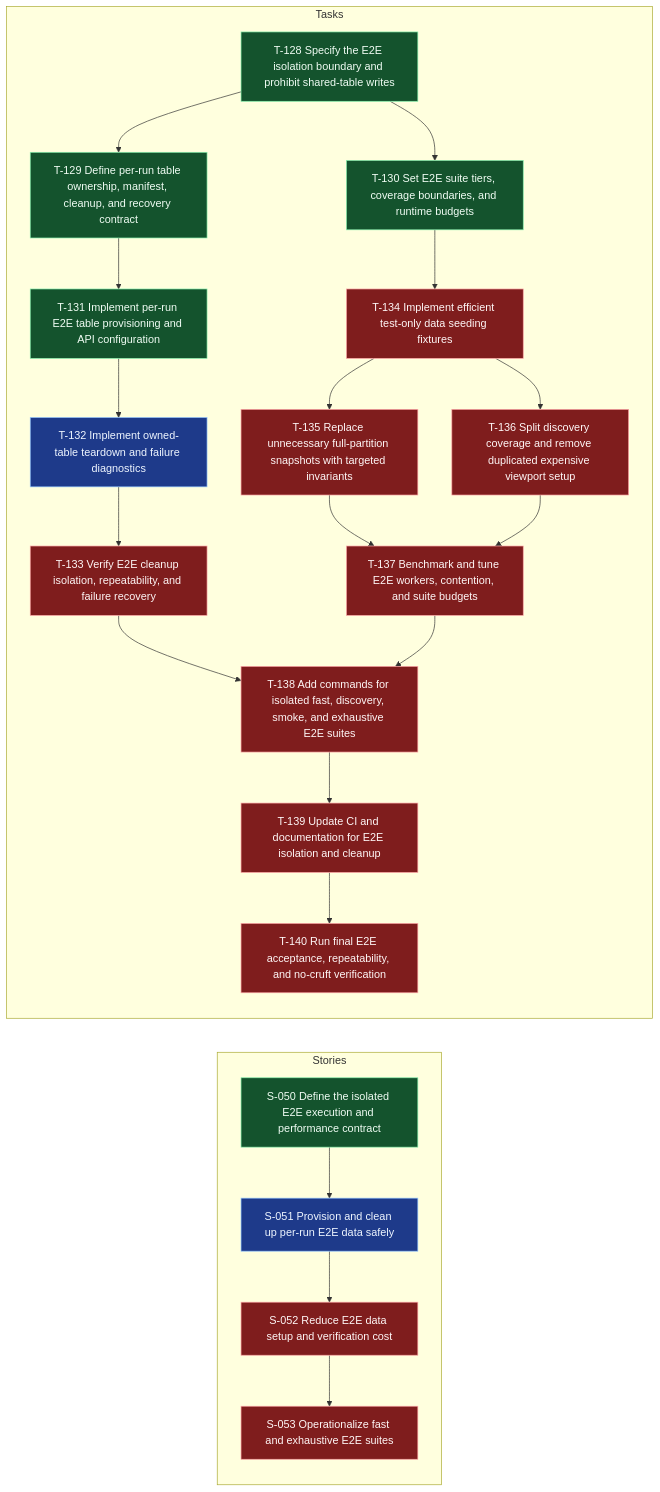
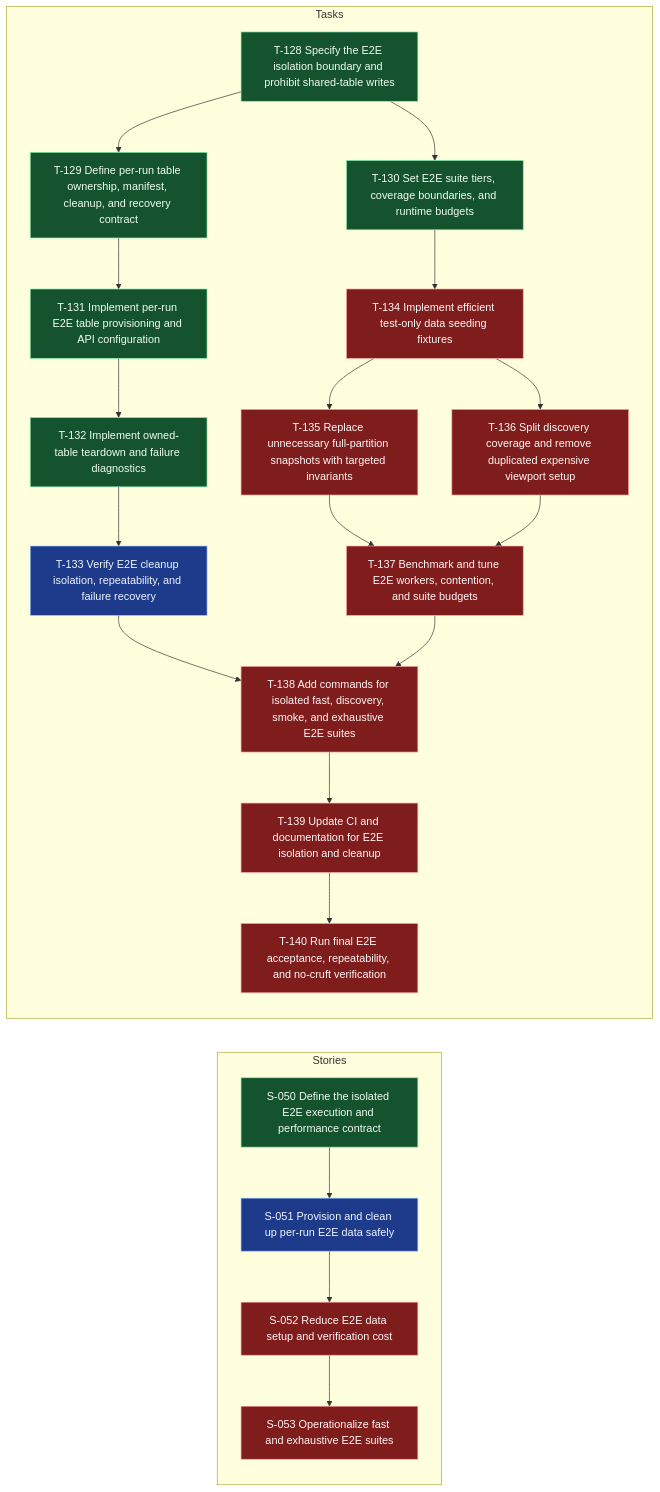
The diagram in .worktracker/graphs/E-014.mmd (andybalham/invite-agent), drawn with Mermaid before and after one commit. The commit also changed 22 other files, not shown here.

First line of the commit message:
feat(e2e): implement end-to-end cleanup and recovery mechanisms

```diff
--- a/.worktracker/graphs/E-014.mmd
+++ b/.worktracker/graphs/E-014.mmd
@@ -1,61 +1,61 @@
 graph LR
   classDef done fill:#14532d,stroke:#86efac,color:#f0fdf4;
   classDef blocked fill:#7f1d1d,stroke:#fca5a5,color:#fff7f7;
   classDef inprogress fill:#78350f,stroke:#fbbf24,color:#fffbeb;
   classDef todo fill:#1e3a8a,stroke:#93c5fd,color:#eff6ff;
   classDef empty fill:#374151,stroke:#d1d5db,color:#f9fafb,stroke-dasharray: 3 3;
   subgraph Stories
     S050["S-050 Define the isolated E2E execution and performance contract"]:::done
     S051["S-051 Provision and clean up per-run E2E data safely"]:::todo
     S052["S-052 Reduce E2E data setup and verification cost"]:::blocked
     S053["S-053 Operationalize fast and exhaustive E2E suites"]:::blocked
     S050 --> S051
     S051 --> S052
     S052 --> S053
   end
   subgraph Tasks
     T128["T-128 Specify the E2E isolation boundary and prohibit shared-table writes"]:::done
     T129["T-129 Define per-run table ownership, manifest, cleanup, and recovery contract"]:::done
     T130["T-130 Set E2E suite tiers, coverage boundaries, and runtime budgets"]:::done
     T131["T-131 Implement per-run E2E table provisioning and API configuration"]:::done
-    T132["T-132 Implement owned-table teardown and failure diagnostics"]:::todo
-    T133["T-133 Verify E2E cleanup isolation, repeatability, and failure recovery"]:::blocked
+    T132["T-132 Implement owned-table teardown and failure diagnostics"]:::done
+    T133["T-133 Verify E2E cleanup isolation, repeatability, and failure recovery"]:::todo
     T134["T-134 Implement efficient test-only data seeding fixtures"]:::blocked
     T135["T-135 Replace unnecessary full-partition snapshots with targeted invariants"]:::blocked
     T136["T-136 Split discovery coverage and remove duplicated expensive viewport setup"]:::blocked
     T137["T-137 Benchmark and tune E2E workers, contention, and suite budgets"]:::blocked
     T138["T-138 Add commands for isolated fast, discovery, smoke, and exhaustive E2E suites"]:::blocked
     T139["T-139 Update CI and documentation for E2E isolation and cleanup"]:::blocked
     T140["T-140 Run final E2E acceptance, repeatability, and no-cruft verification"]:::blocked
     T128 --> T129
     T128 --> T130
     T129 --> T131
     T130 --> T134
     T131 --> T132
     T132 --> T133
     T133 --> T138
     T134 --> T135
     T134 --> T136
     T135 --> T137
     T136 --> T137
     T137 --> T138
     T138 --> T139
     T139 --> T140
   end
   click S050 "../entities/S-050-define-the-isolated-e2e-execution-and-performance-contract.md"
   click S051 "../entities/S-051-provision-and-clean-up-per-run-e2e-data-safely.md"
   click S052 "../entities/S-052-reduce-e2e-data-setup-and-verification-cost.md"
   click S053 "../entities/S-053-operationalize-fast-and-exhaustive-e2e-suites.md"
   click T128 "../entities/T-128-specify-the-e2e-isolation-boundary-and-prohibit-shared-table-writes.md"
   click T129 "../entities/T-129-define-per-run-table-ownership-manifest-cleanup-and-recovery-contract.md"
   click T130 "../entities/T-130-set-e2e-suite-tiers-coverage-boundaries-and-runtime-budgets.md"
   click T131 "../entities/T-131-implement-per-run-e2e-table-provisioning-and-api-configuration.md"
   click T132 "../entities/T-132-implement-owned-table-teardown-and-failure-diagnostics.md"
   click T133 "../entities/T-133-verify-e2e-cleanup-isolation-repeatability-and-failure-recovery.md"
   click T134 "../entities/T-134-implement-efficient-test-only-data-seeding-fixtures.md"
   click T135 "../entities/T-135-replace-unnecessary-full-partition-snapshots-with-targeted-invariants.md"
   click T136 "../entities/T-136-split-discovery-coverage-and-remove-duplicated-expensive-viewport-setup.md"
   click T137 "../entities/T-137-benchmark-and-tune-e2e-workers-contention-and-suite-budgets.md"
   click T138 "../entities/T-138-add-commands-for-isolated-fast-discovery-smoke-and-exhaustive-e2e-suites.md"
   click T139 "../entities/T-139-update-ci-and-documentation-for-e2e-isolation-and-cleanup.md"
   click T140 "../entities/T-140-run-final-e2e-acceptance-repeatability-and-no-cruft-verification.md"
```
